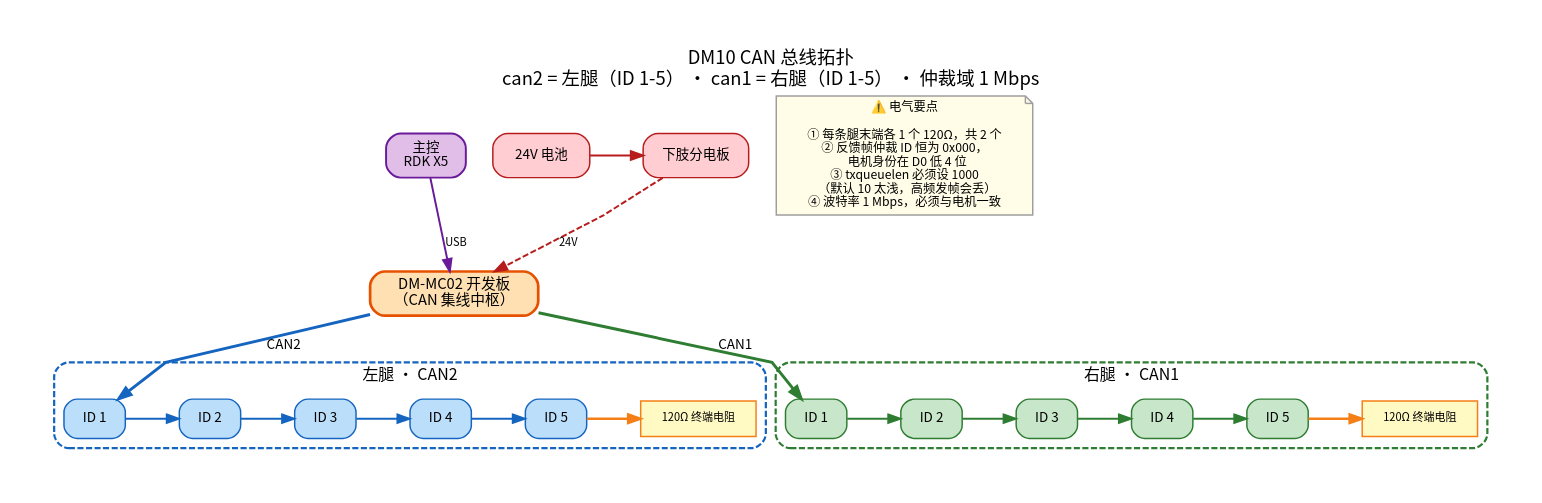
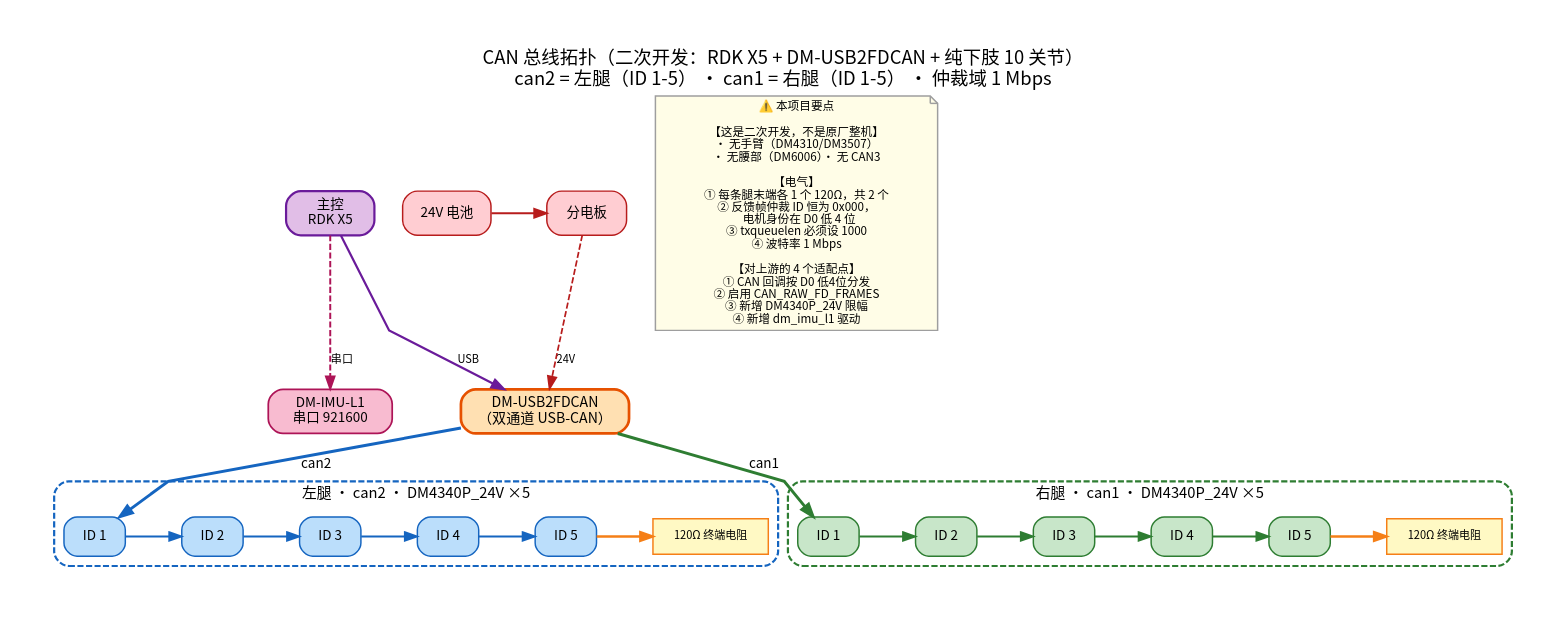
Before and after one commit to Tensor-0/robot-deploy-toolkit: the diagram in docs/assets/can_topology.dot, drawn with Graphviz. The commit also changed 7 other files, not shown here.

First line of the commit message:
修正 CAN 拓扑图：从「官方整机」改为「我们的二次开发项目」

```diff
--- a/docs/assets/can_topology.dot
+++ b/docs/assets/can_topology.dot
@@ -1,109 +1,121 @@
-// DM10 CAN 总线拓扑
-// 数据来源：达妙官方接线图（bipedal-robot/硬件/硬件接线图/orin主控硬件接线图.png）
-//           + roboparty_deploy/src/inference/robots/dm10/robot.yaml 实测
-// 生成：dot -Tpng can_topology.dot -o can_topology.png
-//       dot -Tsvg can_topology.dot -o can_topology.svg
+// Roboto Origin 二次开发项目 · CAN 拓扑
+//
+// ⚠️ 本项目是【二次开发】—— 基于 Roboparty/roboparty_deploy @ a8a0f15
+//    硬件边界：RDK X5 + DM-USB2FDCAN + 纯下肢 10 关节（无手臂、无腰）
+//    ⬇️ 本图只画【我们实际有的】，官方整机的臂/腰不在本项目中
+//
+// 数据来源：roboparty_deploy/src/inference/robots/dm10/robot.yaml（实测）
+//           + rdk-roboparty-integration/README.md（上游基线与 4 个适配点）
+// 生成：dot -Tsvg can_topology.dot -o can_topology.svg
+//       dot -Tpng can_topology.dot -o can_topology.png
 
 digraph CAN_Topology {
   graph [
     fontname="Noto Sans CJK SC",
     fontsize=15,
     bgcolor="white",
     rankdir=TB,
-    nodesep=0.30,
-    ranksep=0.50,
+    nodesep=0.32,
+    ranksep=0.52,
     pad=0.4,
     splines=polyline,
-    label="DM10 CAN 总线拓扑\ncan2 = 左腿（ID 1-5） · can1 = 右腿（ID 1-5） · 仲裁域 1 Mbps",
+    label="CAN 总线拓扑（二次开发：RDK X5 + DM-USB2FDCAN + 纯下肢 10 关节）\ncan2 = 左腿（ID 1-5） · can1 = 右腿（ID 1-5） · 仲裁域 1 Mbps",
     labelloc="t"
   ];
 
   node [
     fontname="Noto Sans CJK SC",
     fontsize=11,
     shape=box,
     style="rounded,filled",
     penwidth=1.2,
     width=1.1
   ];
 
   edge [
     fontname="Noto Sans CJK SC",
     fontsize=9,
     penwidth=1.4
   ];
 
-  // ══ 中枢与主控 ══════════════════════════════════════
+  // ══ 主控与转换器（我们实际用的）══════════════════════
   HOST [
     label="主控\nRDK X5",
-    fillcolor="#E1BEE7", color="#6A1B9A", penwidth=1.6, width=0.9
+    fillcolor="#E1BEE7", color="#6A1B9A", penwidth=1.8, width=1.0
   ];
-  MCU [
-    label="DM-MC02 开发板\n（CAN 集线中枢）",
-    fillcolor="#FFE0B2", color="#E65100", penwidth=2.2, fontsize=12, width=1.9
+  FDCAN [
+    label="DM-USB2FDCAN\n（双通道 USB-CAN）",
+    fillcolor="#FFE0B2", color="#E65100", penwidth=2.2, fontsize=11.5, width=1.9
   ];
 
-  // ══ 电源支线（放右侧，独立成链）════════════════════
-  BAT [label="24V 电池", fillcolor="#FFCDD2", color="#B71C1C", width=1.1];
-  PDB [label="下肢分电板", fillcolor="#FFCDD2", color="#B71C1C", width=1.2];
+  // ══ IMU（串口，不经 CAN）═════════════════════════════
+  IMU [
+    label="DM-IMU-L1\n串口 921600",
+    fillcolor="#F8BBD0", color="#AD1457", penwidth=1.4, width=1.4
+  ];
 
-  // ══ 左腿 · CAN2 ═════════════════════════════════════
+  // ══ 电源（电池 → 分电板 → 各腿）═════════════════════
+  BAT [label="24V 电池", fillcolor="#FFCDD2", color="#B71C1C", width=1.0];
+  PDB [label="分电板", fillcolor="#FFCDD2", color="#B71C1C", width=0.9];
+
+  // ══ 左腿 · can2 ══════════════════════════════════════
   subgraph cluster_left {
-    label="左腿 · CAN2";
-    fontname="Noto Sans CJK SC"; fontsize=13;
+    label="左腿 · can2 · DM4340P_24V ×5";
+    fontname="Noto Sans CJK SC"; fontsize=12;
     color="#1565C0"; style="rounded,dashed"; penwidth=1.8;
 
     L1 [label="ID 1", fillcolor="#BBDEFB", color="#1565C0", width=0.7, height=0.45]
     L2 [label="ID 2", fillcolor="#BBDEFB", color="#1565C0", width=0.7, height=0.45]
     L3 [label="ID 3", fillcolor="#BBDEFB", color="#1565C0", width=0.7, height=0.45]
     L4 [label="ID 4", fillcolor="#BBDEFB", color="#1565C0", width=0.7, height=0.45]
     L5 [label="ID 5", fillcolor="#BBDEFB", color="#1565C0", width=0.7, height=0.45]
     LTR [label="120Ω 终端电阻", fillcolor="#FFF9C4", color="#F57F17",
          style="filled", fontsize=9, width=1.3, height=0.4, shape=box]
 
     L1 -> L2 -> L3 -> L4 -> L5 [color="#1565C0", penwidth=1.5, weight=10];
     L5 -> LTR [color="#F57F17", penwidth=2.0, style=bold, weight=10];
     { rank=same; L1; L2; L3; L4; L5; LTR; }
   }
 
-  // ══ 右腿 · CAN1 ═════════════════════════════════════
+  // ══ 右腿 · can1 ══════════════════════════════════════
   subgraph cluster_right {
-    label="右腿 · CAN1";
-    fontname="Noto Sans CJK SC"; fontsize=13;
+    label="右腿 · can1 · DM4340P_24V ×5";
+    fontname="Noto Sans CJK SC"; fontsize=12;
     color="#2E7D32"; style="rounded,dashed"; penwidth=1.8;
 
     R1 [label="ID 1", fillcolor="#C8E6C9", color="#2E7D32", width=0.7, height=0.45]
     R2 [label="ID 2", fillcolor="#C8E6C9", color="#2E7D32", width=0.7, height=0.45]
     R3 [label="ID 3", fillcolor="#C8E6C9", color="#2E7D32", width=0.7, height=0.45]
     R4 [label="ID 4", fillcolor="#C8E6C9", color="#2E7D32", width=0.7, height=0.45]
     R5 [label="ID 5", fillcolor="#C8E6C9", color="#2E7D32", width=0.7, height=0.45]
     RTR [label="120Ω 终端电阻", fillcolor="#FFF9C4", color="#F57F17",
          style="filled", fontsize=9, width=1.3, height=0.4, shape=box]
 
     R1 -> R2 -> R3 -> R4 -> R5 [color="#2E7D32", penwidth=1.5, weight=10];
     R5 -> RTR [color="#F57F17", penwidth=2.0, style=bold, weight=10];
     { rank=same; R1; R2; R3; R4; R5; RTR; }
   }
 
-  // ══ 脊柱连接 ═════════════════════════════════════════
-  HOST -> MCU [label="USB", color="#6A1B9A", penwidth=1.6];
+  // ══ 连接 ═════════════════════════════════════════════
+  HOST -> FDCAN [label="USB", color="#6A1B9A", penwidth=1.8];
+  HOST -> IMU   [label="串口", color="#AD1457", penwidth=1.6, style=dashed];
 
-  MCU -> L1 [label="CAN2", color="#1565C0", penwidth=2.4, fontsize=11];
-  MCU -> R1 [label="CAN1", color="#2E7D32", penwidth=2.4, fontsize=11];
+  FDCAN -> L1 [label="can2", color="#1565C0", penwidth=2.4, fontsize=11];
+  FDCAN -> R1 [label="can1", color="#2E7D32", penwidth=2.4, fontsize=11];
 
   BAT -> PDB [color="#B71C1C", penwidth=1.6];
-  PDB -> MCU [label="24V", color="#B71C1C", penwidth=1.6, style=dashed];
+  PDB -> FDCAN [label="24V", color="#B71C1C", penwidth=1.4, style=dashed];
 
-  // ══ 关键提醒 ═════════════════════════════════════════
+  // ══ 要点 ═════════════════════════════════════════════
   NOTE [
-    label="⚠️ 电气要点\n\n① 每条腿末端各 1 个 120Ω，共 2 个\n② 反馈帧仲裁 ID 恒为 0x000，\n   电机身份在 D0 低 4 位\n③ txqueuelen 必须设 1000\n   （默认 10 太浅，高频发帧会丢）\n④ 波特率 1 Mbps，必须与电机一致",
+    label="⚠️ 本项目要点\n\n【这是二次开发，不是原厂整机】\n• 无手臂（DM4310/DM3507）\n• 无腰部（DM6006）· 无 CAN3\n\n【电气】\n① 每条腿末端各 1 个 120Ω，共 2 个\n② 反馈帧仲裁 ID 恒为 0x000，\n   电机身份在 D0 低 4 位\n③ txqueuelen 必须设 1000\n④ 波特率 1 Mbps\n\n【对上游的 4 个适配点】\n① CAN 回调按 D0 低4位分发\n② 启用 CAN_RAW_FD_FRAMES\n③ 新增 DM4340P_24V 限幅\n④ 新增 dm_imu_l1 驱动",
     shape=note,
     fillcolor="#FFFDE7",
     color="#9E9E9E",
-    fontsize=10,
+    fontsize=9.5,
     style="filled",
-    width=2.9
+    width=3.2
   ];
 
   { rank=same; BAT; PDB; }
 }
```
